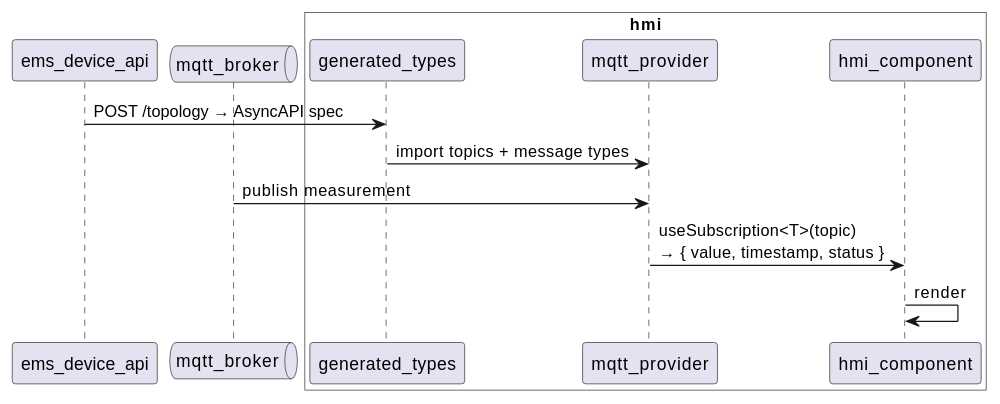
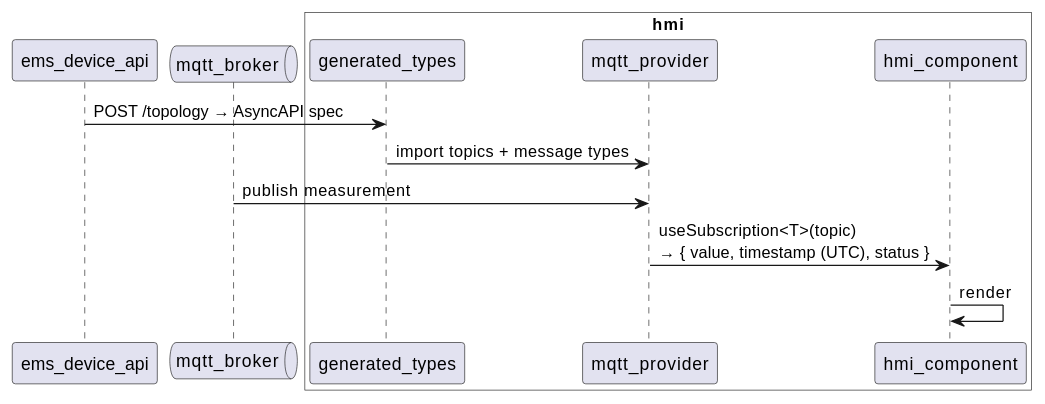
Before and after one commit to arcnode-io/ems-hmi: the second of 3 diagrams in readme.md, drawn with PlantUML. The commit also changed other lines of this file, not shown here.

````diff
--- a/readme.md
+++ b/readme.md
@@ -41,17 +41,17 @@
 ```plantuml
 participant ems_device_api
 queue mqtt_broker
 
 box "hmi" #white
   participant generated_types
   participant mqtt_provider
   participant hmi_component
 end box
 
 ems_device_api -> generated_types: POST /topology → AsyncAPI spec
 generated_types -> mqtt_provider: import topics + message types
 
 mqtt_broker -> mqtt_provider: publish measurement
-mqtt_provider -> hmi_component: useSubscription<T>(topic)\n→ { value, timestamp, status }
+mqtt_provider -> hmi_component: useSubscription<T>(topic)\n→ { value, timestamp (UTC), status }
 hmi_component -> hmi_component: render
 ```
````
